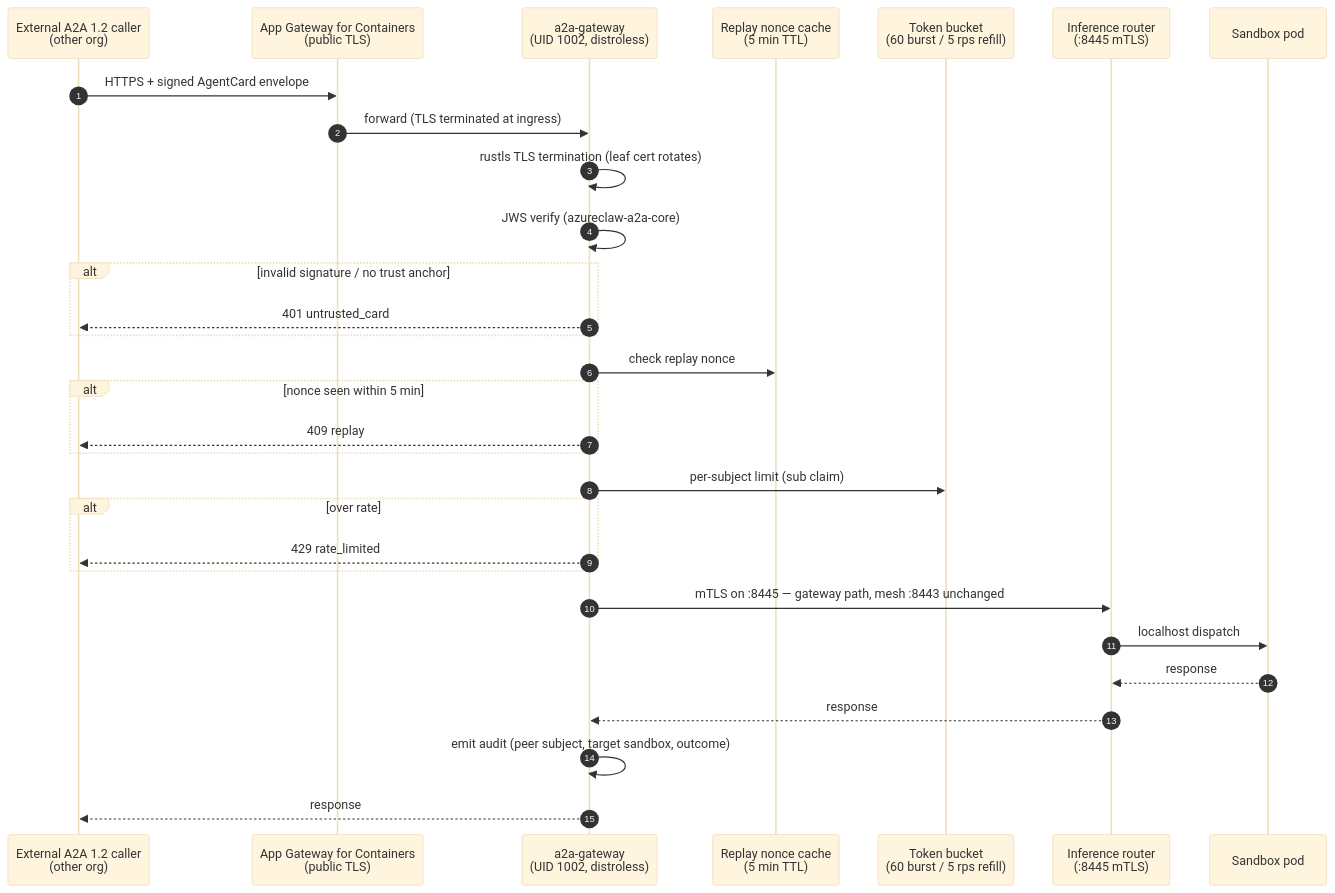
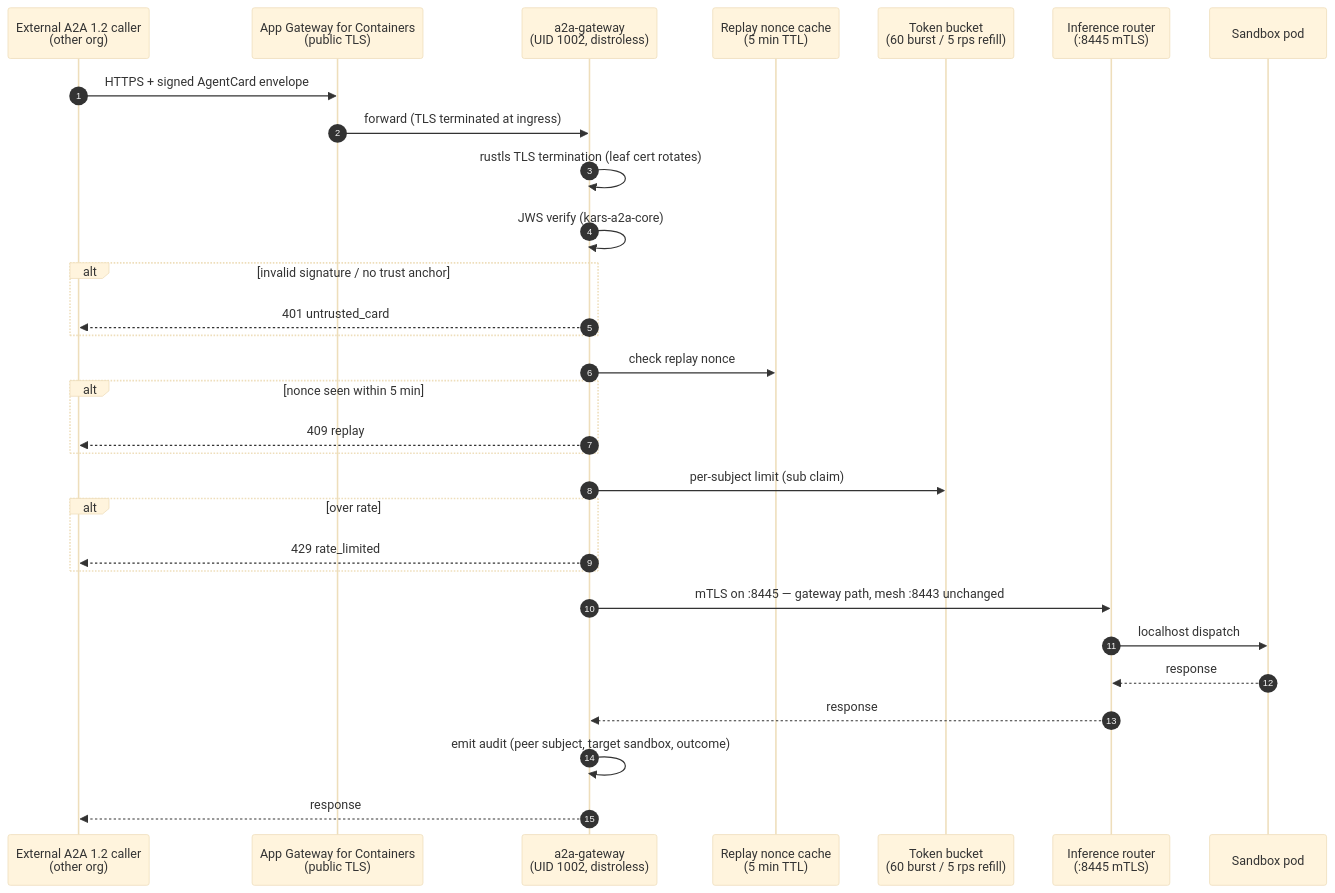
The diagram in docs/architecture/a2a-gateway.md (lachie83/kars), drawn with Mermaid (base theme) before and after one commit. The commit also changed other lines of this file and 694 other files, not shown here.

````diff
--- a/docs/architecture/a2a-gateway.md
+++ b/docs/architecture/a2a-gateway.md
@@ -28,33 +28,33 @@
 ```mermaid
 sequenceDiagram
   autonumber
   participant Peer as External A2A 1.2 caller<br/>(other org)
   participant Ing as App Gateway for Containers<br/>(public TLS)
   participant GW as a2a-gateway<br/>(UID 1002, distroless)
   participant Cache as Replay nonce cache<br/>(5 min TTL)
   participant Bucket as Token bucket<br/>(60 burst / 5 rps refill)
   participant Router as Inference router<br/>(:8445 mTLS)
   participant Pod as Sandbox pod
 
   Peer->>Ing: HTTPS + signed AgentCard envelope
   Ing->>GW: forward (TLS terminated at ingress)
   GW->>GW: rustls TLS termination (leaf cert rotates)
-  GW->>GW: JWS verify (azureclaw-a2a-core)
+  GW->>GW: JWS verify (kars-a2a-core)
   alt invalid signature / no trust anchor
     GW-->>Peer: 401 untrusted_card
   end
   GW->>Cache: check replay nonce
   alt nonce seen within 5 min
     GW-->>Peer: 409 replay
   end
   GW->>Bucket: per-subject limit (sub claim)
   alt over rate
     GW-->>Peer: 429 rate_limited
   end
   GW->>Router: mTLS on :8445 — gateway path, mesh :8443 unchanged
   Router->>Pod: localhost dispatch
   Pod-->>Router: response
   Router-->>GW: response
   GW->>GW: emit audit (peer subject, target sandbox, outcome)
   GW-->>Peer: response
 ```
````
